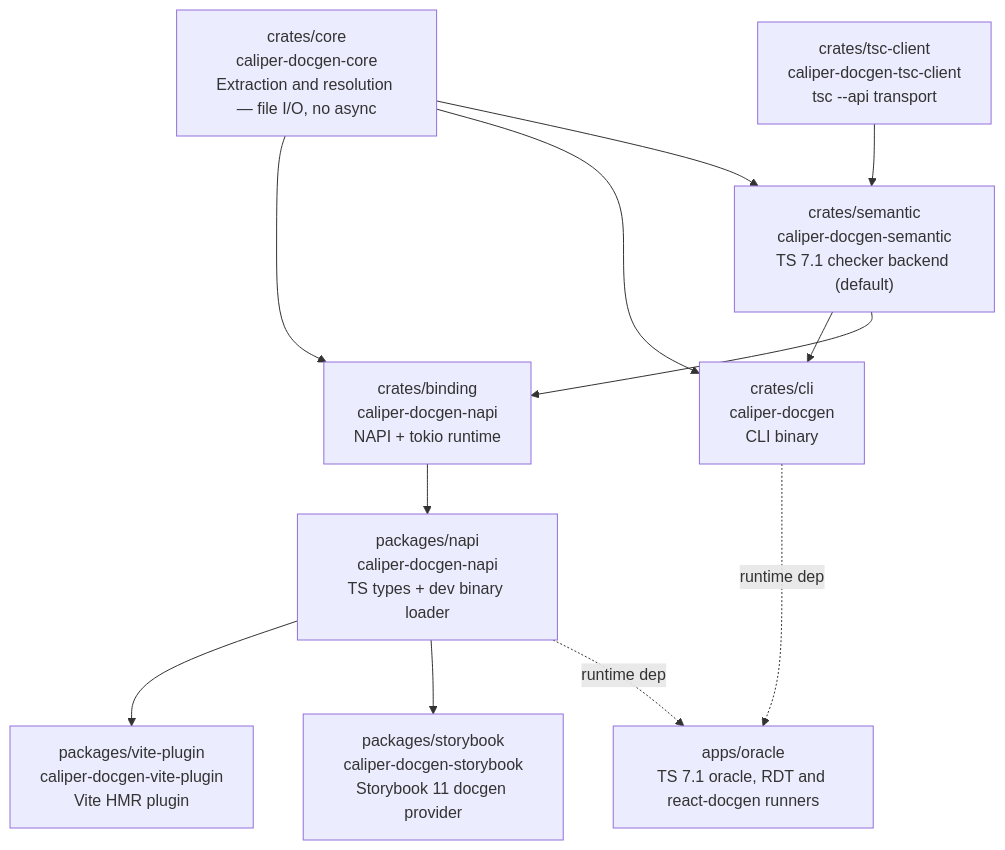
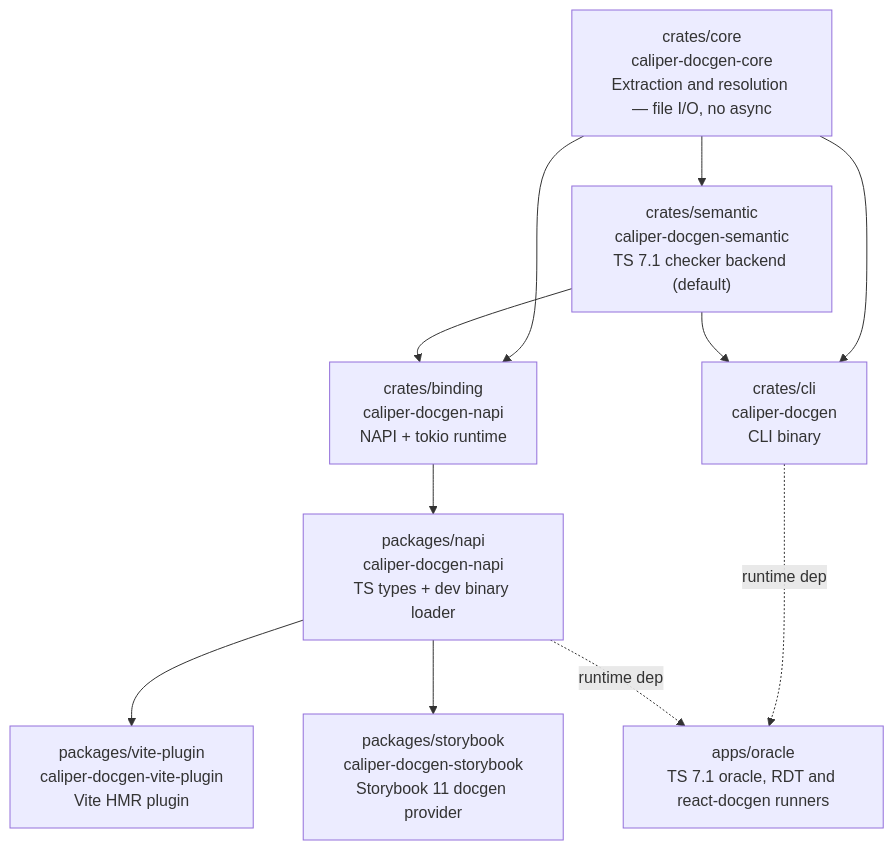
Before and after one commit to orin-dx/caliper: the second of 2 diagrams in ARCHITECTURE.md, drawn with Mermaid. The commit also changed other lines of this file and 110 other files, not shown here.

````diff
--- a/ARCHITECTURE.md
+++ b/ARCHITECTURE.md
@@ -35,24 +35,22 @@
 ```mermaid
 graph TD
     core["crates/core\ncaliper-docgen-core\nExtraction and resolution — file I/O, no async"]
     binding["crates/binding\ncaliper-docgen-napi\nNAPI + tokio runtime"]
     cli["crates/cli\ncaliper-docgen\nCLI binary"]
     semantic["crates/semantic\ncaliper-docgen-semantic\nTS 7.1 checker backend (default)"]
-    tsc["crates/tsc-client\ncaliper-docgen-tsc-client\ntsc --api transport"]
     napi["packages/napi\ncaliper-docgen-napi\nTS types + dev binary loader"]
     vite["packages/vite-plugin\ncaliper-docgen-vite-plugin\nVite HMR plugin"]
     storybook["packages/storybook\ncaliper-docgen-storybook\nStorybook 11 docgen provider"]
     oracle["apps/oracle\nTS 7.1 oracle, RDT and react-docgen runners"]
 
     core --> binding
     core --> cli
     core --> semantic
-    tsc --> semantic
     semantic --> cli
     semantic --> binding
     binding --> napi
     napi --> vite
     napi --> storybook
     cli -.->|"runtime dep"| oracle
     napi -.->|"runtime dep"| oracle
 ```
````
